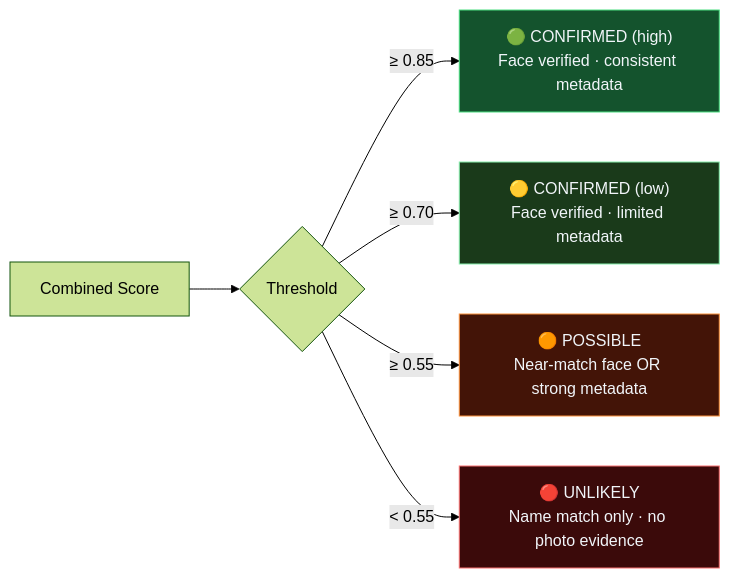
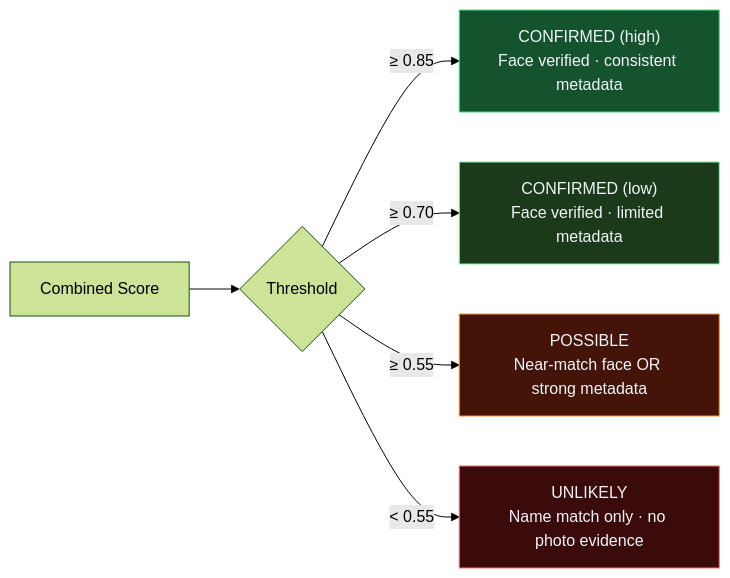
One commit to TrippyEngineer/face-osint changed the third of 3 diagrams in README.md. Above: the diagram before and after it, drawn with Mermaid (forest theme). The commit also changed other lines of this file and 1 other file, not shown here.

````diff
--- a/README.md
+++ b/README.md
@@ -222,13 +320,13 @@
 ```mermaid
 graph LR
     A[Combined Score] --> B{Threshold}
-    B -->|≥ 0.85| C["🟢 CONFIRMED (high)\nFace verified · consistent metadata"]
-    B -->|≥ 0.70| D["🟡 CONFIRMED (low)\nFace verified · limited metadata"]
-    B -->|≥ 0.55| E["🟠 POSSIBLE\nNear-match face OR strong metadata"]
-    B -->|< 0.55| F["🔴 UNLIKELY\nName match only · no photo evidence"]
+    B -->|≥ 0.85| C["CONFIRMED (high)\nFace verified · consistent metadata"]
+    B -->|≥ 0.70| D["CONFIRMED (low)\nFace verified · limited metadata"]
+    B -->|≥ 0.55| E["POSSIBLE\nNear-match face OR strong metadata"]
+    B -->|< 0.55| F["UNLIKELY\nName match only · no photo evidence"]
 
     style C fill:#14532d,stroke:#4ade80,color:#f1f5f9
     style D fill:#1a3a1a,stroke:#86efac,color:#f1f5f9
     style E fill:#431407,stroke:#fb923c,color:#f1f5f9
     style F fill:#3b0a0a,stroke:#f87171,color:#f1f5f9
 ```
````
